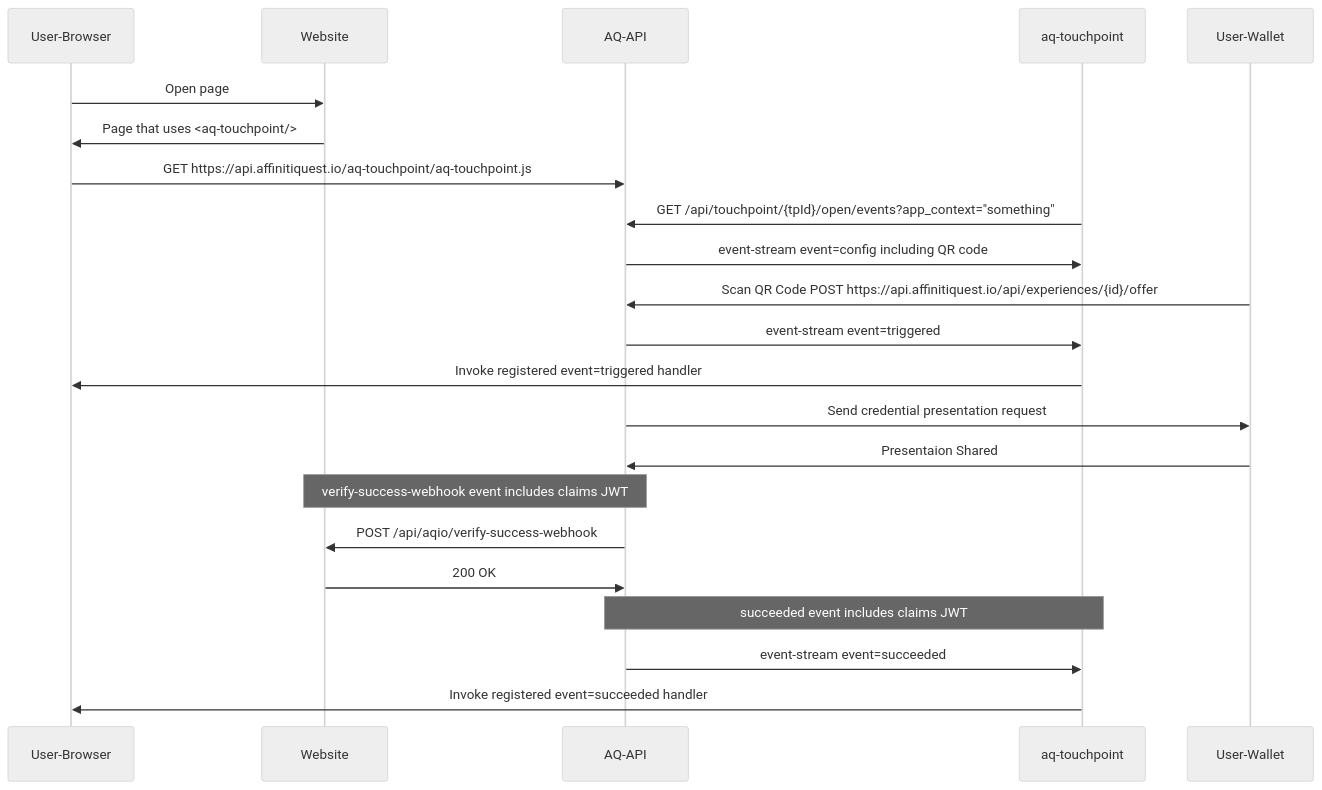
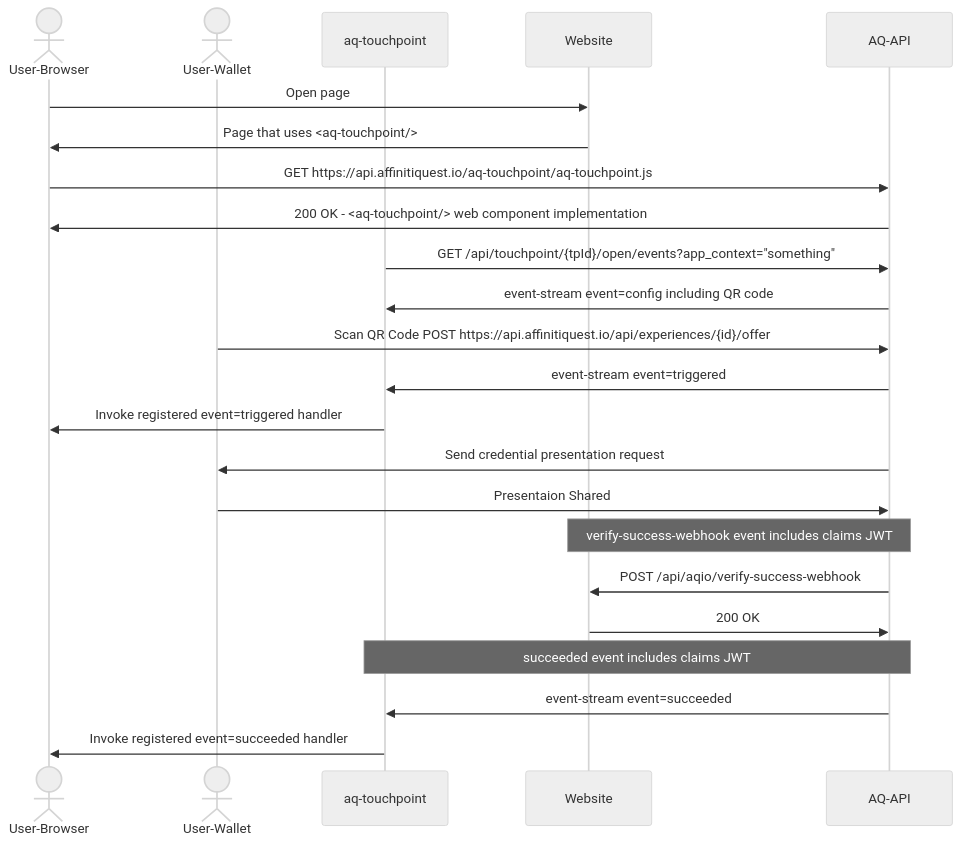
One commit to AffinitiQuest/aq-touchpoint-samples changed the second of 2 diagrams in README.md. Above: the diagram before and after it, drawn with Mermaid (neutral theme). The commit also changed other lines of this file, not shown here.

Commit message:
Minor improvements to mermaid diagrams in README.md

````diff
--- a/README.md
+++ b/README.md
@@ -380,19 +388,26 @@
 ```mermaid
  sequenceDiagram
+    actor User-Browser
+    actor User-Wallet
+    participant aq-touchpoint
+    participant Website
+    participant AQ-API
+
     User-Browser ->> Website : Open page
     Website ->> User-Browser : Page that uses <aq-touchpoint/>
     User-Browser ->> AQ-API : GET https://api.affinitiquest.io/aq-touchpoint/aq-touchpoint.js
+    AQ-API ->> User-Browser : 200 OK - <aq-touchpoint/> web component implementation
     aq-touchpoint ->> AQ-API: GET /api/touchpoint/{tpId}/open/events?app_context="something" 
     AQ-API ->> aq-touchpoint: event-stream event=config including QR code 
     User-Wallet ->> AQ-API : Scan QR Code POST https://api.affinitiquest.io/api/experiences/{id}/offer
     AQ-API ->> aq-touchpoint: event-stream event=triggered 
     aq-touchpoint ->> User-Browser: Invoke registered event=triggered handler
     AQ-API ->> User-Wallet : Send credential presentation request
     User-Wallet ->> AQ-API : Presentaion Shared
     Note over AQ-API,Website: verify-success-webhook event includes claims JWT
     AQ-API ->> Website: POST /api/aqio/verify-success-webhook
     Website ->> AQ-API: 200 OK
     Note over AQ-API,aq-touchpoint: succeeded event includes claims JWT
     AQ-API ->> aq-touchpoint: event-stream event=succeeded
     aq-touchpoint ->> User-Browser: Invoke registered event=succeeded handler
 ```
````
